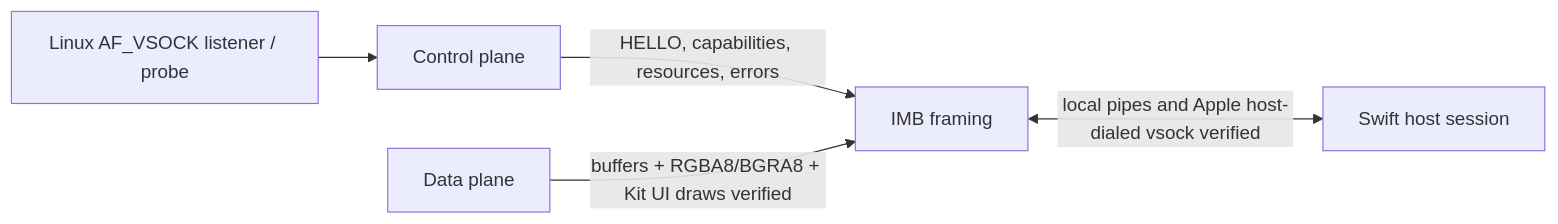
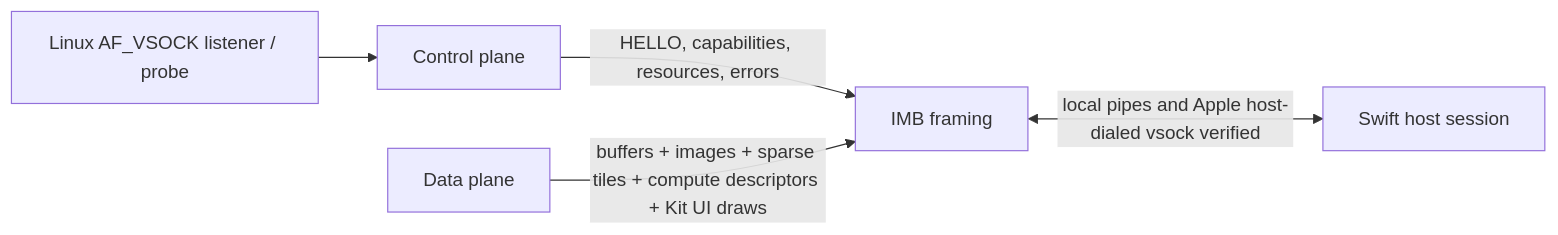
One commit to syun88/IsaacMetalBridge changed the fourth of 8 diagrams in docs/architecture.md. Above: the diagram before and after it, drawn with Mermaid. The commit also changed other lines of this file and 33 other files, not shown here.

````diff
--- a/docs/architecture.md
+++ b/docs/architecture.md
@@ -65,7 +65,7 @@
 ```mermaid
 flowchart LR
   G["Linux AF_VSOCK listener / probe"] --> CP["Control plane"]
   CP -->|"HELLO, capabilities, resources, errors"| FR["IMB framing"]
-  DP["Data plane"] -->|"buffers + RGBA8/BGRA8 + Kit UI draws verified"| FR
+  DP["Data plane"] -->|"buffers + images + sparse tiles + compute descriptors + Kit UI draws"| FR
   FR <-->|"local pipes and Apple host-dialed vsock verified"| H["Swift host session"]
 ```
````
